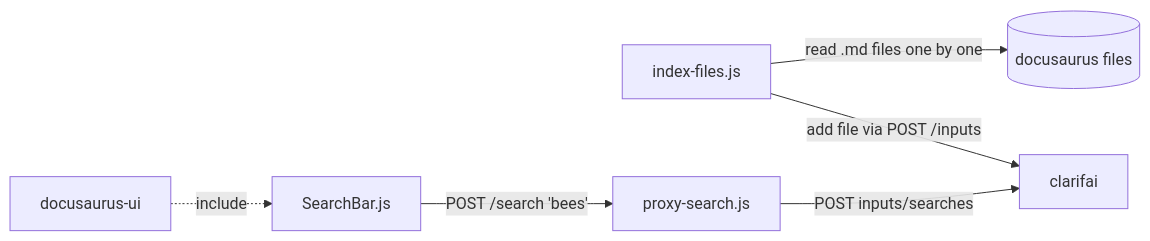
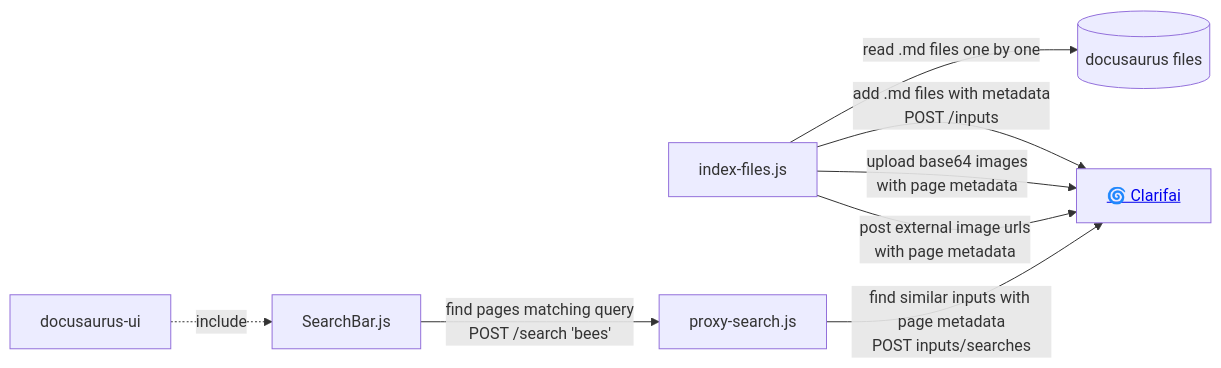
One commit to tot-ra/clarifai-docusaurus changed the diagram in README.md. Above: the diagram before and after it, drawn with Mermaid. The commit also changed other lines of this file and 1 other file, not shown here.

Commit message:
add image indexing

````diff
--- a/README.md
+++ b/README.md
@@ -9,8 +9,10 @@
 ```mermaid
 flowchart LR
 
 index-files.js --"read .md files one by one"--> docusaurus[(docusaurus files)]
-index-files.js --"add file via POST /inputs"--> clarifai
+index-files.js --"add .md files with metadata\nPOST /inputs"--> clarifai["<a href="https://clarifai.com">🌀 Clarifai</a>"]
+index-files.js --"upload base64 images \n with page metadata"--> clarifai
+index-files.js --"post external image urls \n with page metadata"--> clarifai
 
-docusaurus-ui -."include".-> SearchBar.js --"POST /search 'bees'"--> proxy-search.js --"POST inputs/searches"--> clarifai
+docusaurus-ui -."include".-> SearchBar.js --"find pages matching query \nPOST /search 'bees'"--> proxy-search.js --"find similar inputs with page metadata\nPOST inputs/searches"--> clarifai
 ```
````
